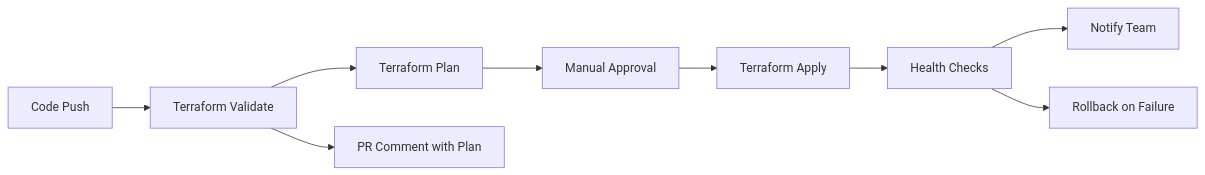
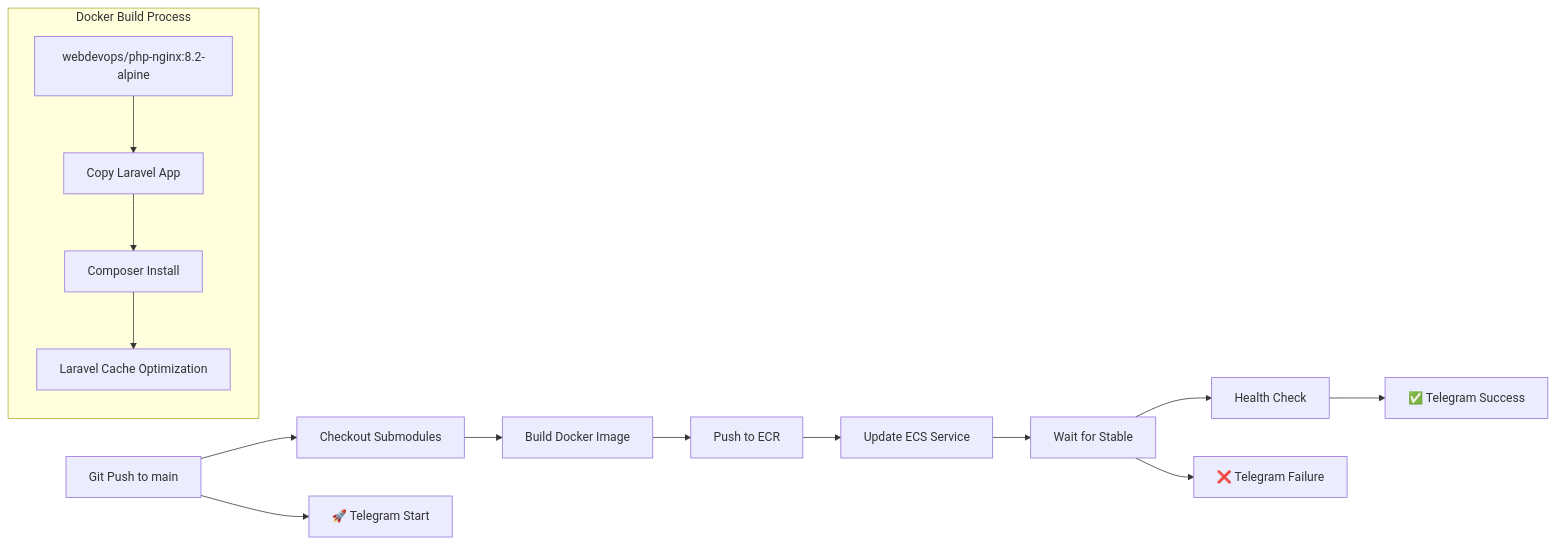
The third of 4 diagrams in docs/ARCHITECTURE.md (dmeckers/breiq), drawn with Mermaid before and after one commit. The commit also changed other lines of this file and 4 other files, not shown here.

````diff
--- a/docs/ARCHITECTURE.md
+++ b/docs/ARCHITECTURE.md
@@ -739,12 +758,21 @@
 ```mermaid
 graph LR
-    A[Code Push] --> B[Terraform Validate]
-    B --> C[Terraform Plan]
-    C --> D[Manual Approval]
-    D --> E[Terraform Apply]
-    E --> F[Health Checks]
-    F --> G[Notify Team]
+    A[Git Push to main] --> B[Checkout Submodules]
+    B --> C[Build Docker Image]
+    C --> D[Push to ECR]
+    D --> E[Update ECS Service]
+    E --> F[Wait for Stable]
+    F --> G[Health Check]
+    G --> H[✅ Telegram Success]
     
-    B --> H[PR Comment with Plan]
-    F --> I[Rollback on Failure]
+    A --> I[🚀 Telegram Start]
+    F --> J[❌ Telegram Failure]
+    
+    subgraph "Docker Build Process"
+        C1[webdevops/php-nginx:8.2-alpine]
+        C2[Copy Laravel App]
+        C3[Composer Install]
+        C4[Laravel Cache Optimization]
+        C1 --> C2 --> C3 --> C4
+    end
 ```
````
